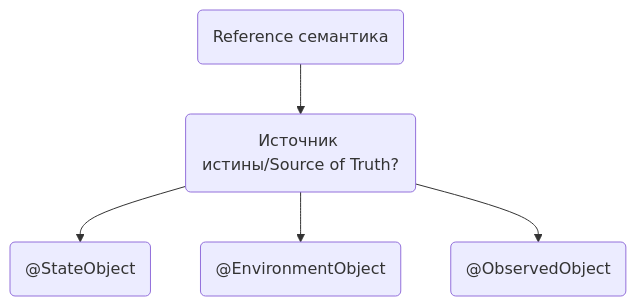
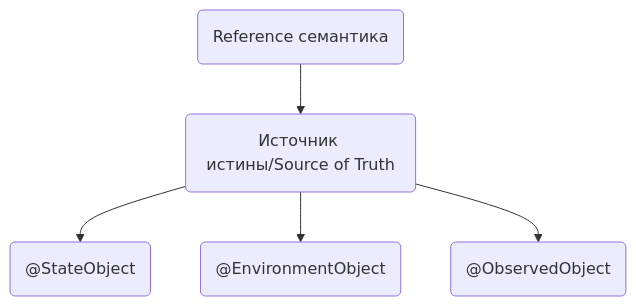
Before and after one commit to wmorgue/swiftui_interview_qa: the first of 2 diagrams in src/SwiftUI.md, drawn with Mermaid. The commit also changed 2 other files, not shown here.

Commit message:
text format/new diagrams

````diff
--- a/src/SwiftUI.md
+++ b/src/SwiftUI.md
@@ -181,7 +181,7 @@
 ```mermaid
 flowchart TD
-    A(Reference семантика) --> B(Источник истины/Source of Truth?);
+    A(Reference семантика) --> B(Источник истины/Source of Truth);
     B --> State("@StateObject");
     B --> Environment("@EnvironmentObject");
     B --> Observed("@ObservedObject")
 ```
````
